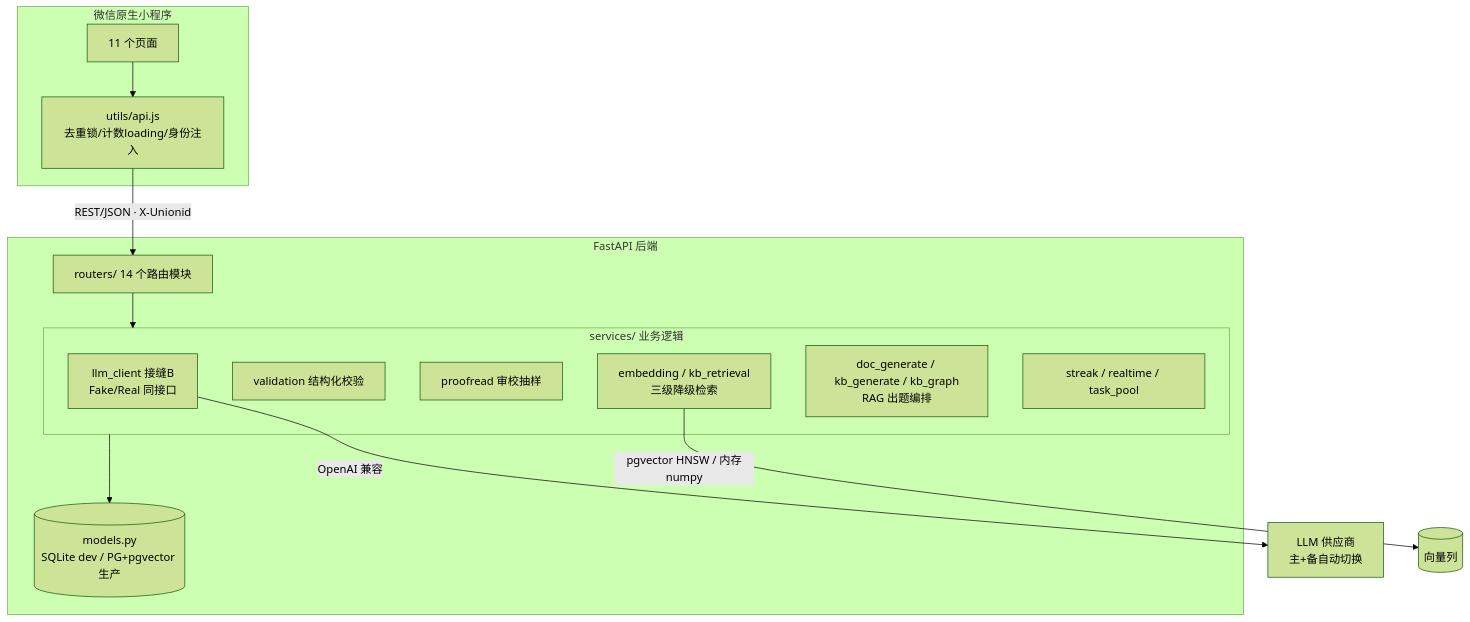
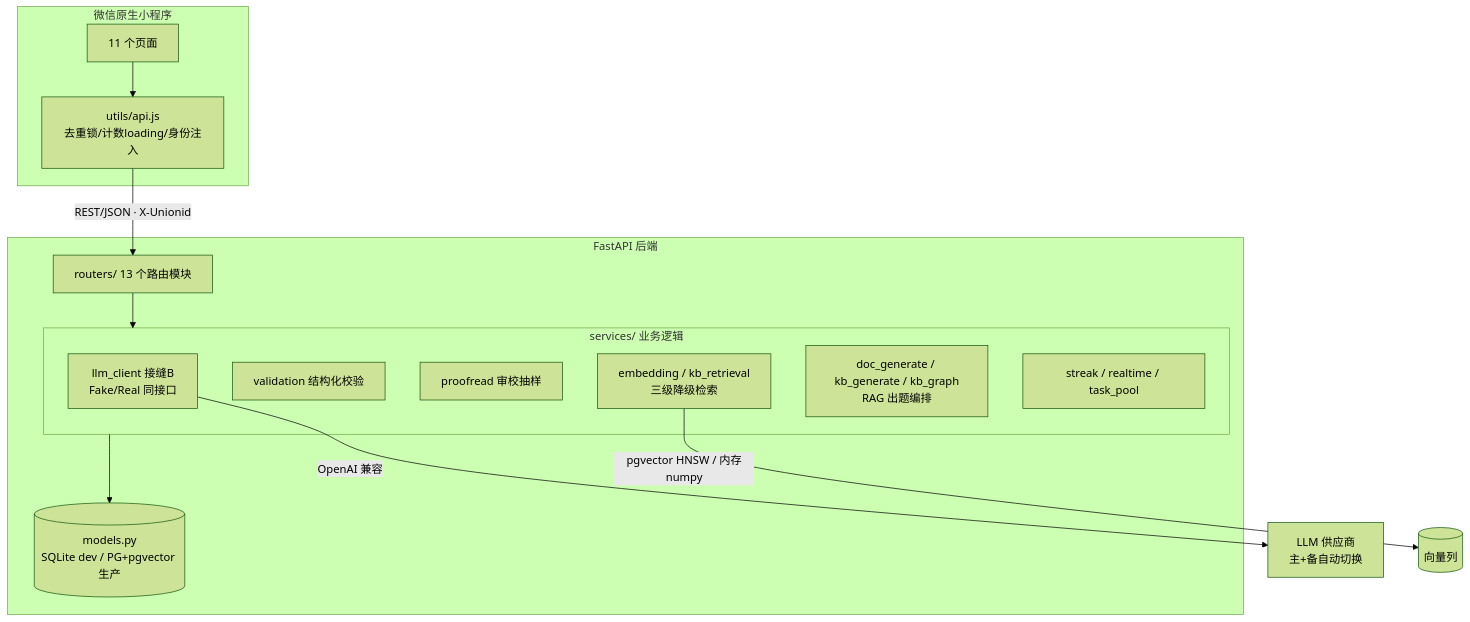
Before and after one commit to lkun-ku/Yst-ai: the diagram in README.md, drawn with Mermaid (forest theme). The commit also changed other lines of this file and 1 other file, not shown here.

Commit message:
chore: 文档与类型标注勘误 README：routers 数量由 14 修正为 13，与 app/main.py 实际注册数一致。 review.py：为 fastapi / sqlalchemy 导入补 pyright 抑制注释，消除编辑器误报。

````diff
--- a/README.md
+++ b/README.md
@@ -21,23 +21,23 @@
 ```mermaid
 graph TB
     subgraph MP [微信原生小程序]
         PAGES[11 个页面] --> APIJS[utils/api.js<br/>去重锁/计数loading/身份注入]
     end
     APIJS -->|REST/JSON · X-Unionid| ROUTERS
 
     subgraph BE [FastAPI 后端]
-        ROUTERS[routers/ 14 个路由模块] --> SERVICES
+        ROUTERS[routers/ 13 个路由模块] --> SERVICES
         subgraph SERVICES [services/ 业务逻辑]
             LLM[llm_client 接缝B<br/>Fake/Real 同接口]
             VALID[validation 结构化校验]
             PROOF[proofread 审校抽样]
             RETRIEVAL[embedding / kb_retrieval<br/>三级降级检索]
             DOCGEN[doc_generate / kb_generate / kb_graph<br/>RAG 出题编排]
             OTHER[streak / realtime / task_pool]
         end
         SERVICES --> MODELS[(models.py<br/>SQLite dev / PG+pgvector 生产)]
     end
 
     LLM -->|OpenAI 兼容| LLMV[LLM 供应商<br/>主+备自动切换]
     RETRIEVAL -->|pgvector HNSW / 内存numpy| DBV[(向量列)]
 ```
````
